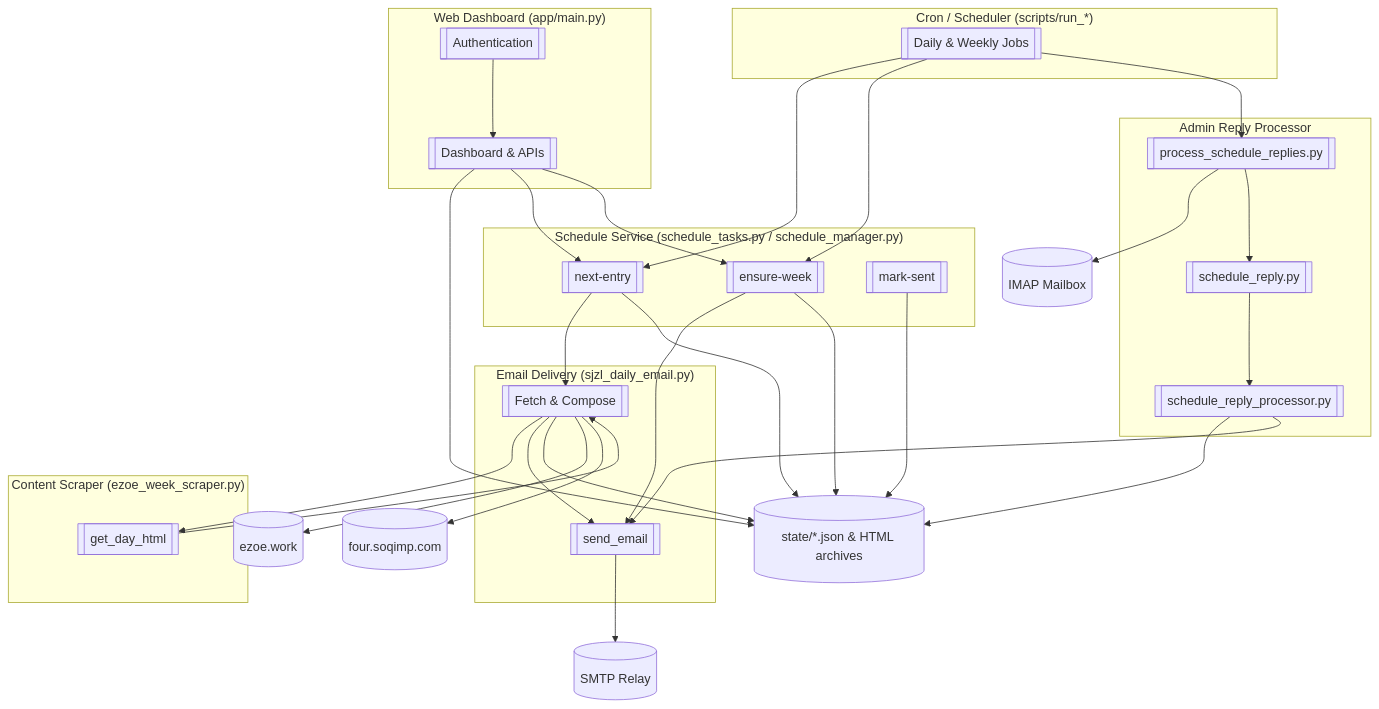
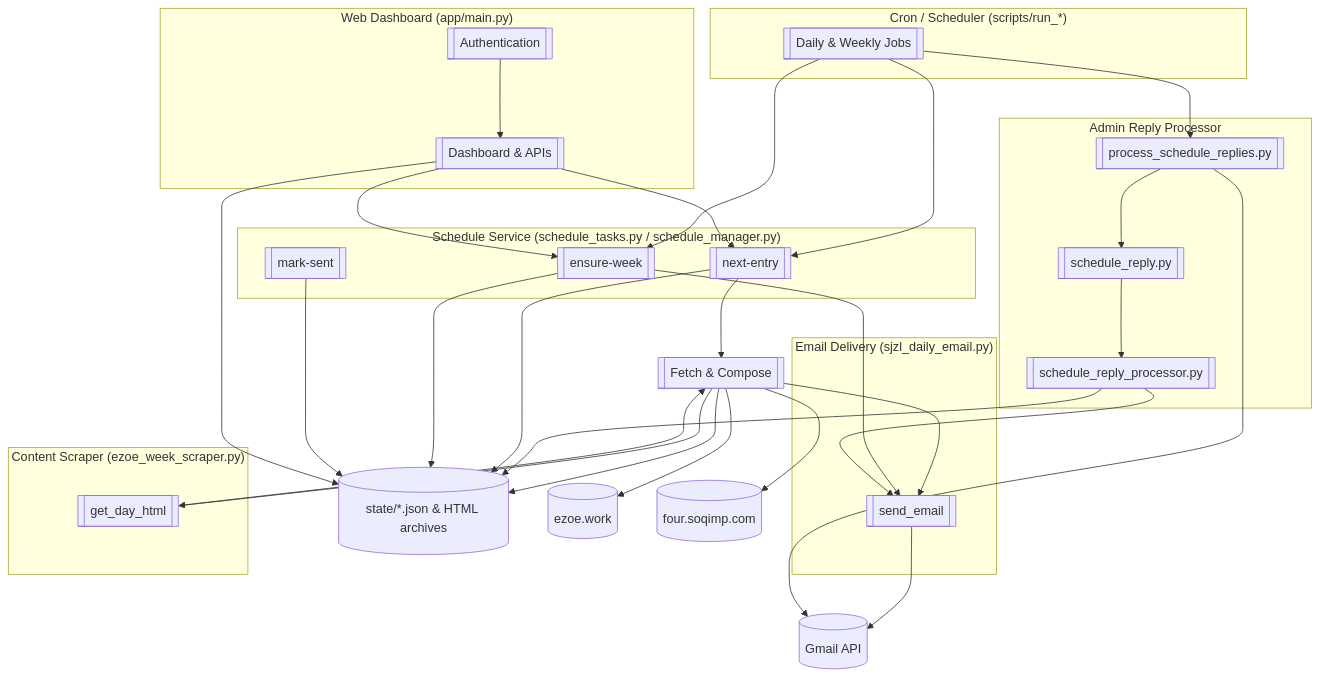
One commit to HananiahKao/daily-manna-email changed the second of 3 diagrams in SYSTEM_C4.md. Above: the diagram before and after it, drawn with Mermaid. The commit also changed other lines of this file and 6 other files, not shown here.

First line of the commit message:
📝 docs: update documentation for Gmail API migration

````diff
--- a/SYSTEM_C4.md
+++ b/SYSTEM_C4.md
@@ -60,63 +58,62 @@
 ```mermaid
 flowchart TB
     subgraph Cron["Cron / Scheduler (scripts/run_*)"]
         CronJob[[Daily & Weekly Jobs]]
     end
 
     subgraph Schedule["Schedule Service (schedule_tasks.py / schedule_manager.py)"]
         NextEntry[[next-entry]]
         EnsureWeek[[ensure-week]]
         MarkSent[[mark-sent]]
     end
 
     subgraph Email["Email Delivery (sjzl_daily_email.py)"]
         FetchCompose[[Fetch & Compose]]
-        SMTPClient[[send_email]]
+        GmailClient[[send_email]]
     end
 
     subgraph Scraper["Content Scraper (ezoe_week_scraper.py)"]
         DayHtml[[get_day_html]]
     end
 
     subgraph Admin["Admin Reply Processor"]
-        FetchIMAP[[process_schedule_replies.py]]
+        FetchGmail[[process_schedule_replies.py]]
         ParseTokens[[schedule_reply.py]]
         ApplyInstr[[schedule_reply_processor.py]]
     end
 
     subgraph WebDash["Web Dashboard (app/main.py)"]
         DashboardAPI[[Dashboard & APIs]]
         Authenticate[[Authentication]]
     end
 
     State[(state/*.json & HTML archives)]
-    SMTPRelay[(SMTP Relay)]
-    IMAPMailbox[(IMAP Mailbox)]
+    GmailMailbox[(Gmail API)]
     Ezoe[(ezoe.work)]
     Legacy[(four.soqimp.com)]
 
     CronJob --> NextEntry
     NextEntry --> FetchCompose
     FetchCompose --> DayHtml
     DayHtml --> FetchCompose
-    FetchCompose --> SMTPClient
-    SMTPClient --> SMTPRelay
-    EnsureWeek --> SMTPClient
+    FetchCompose --> GmailClient
+    GmailClient --> GmailMailbox
+    EnsureWeek --> GmailClient
     CronJob --> EnsureWeek
-    CronJob --> FetchIMAP
-    FetchIMAP --> IMAPMailbox
-    FetchIMAP --> ParseTokens
+    CronJob --> FetchGmail
+    FetchGmail --> GmailMailbox
+    FetchGmail --> ParseTokens
     ParseTokens --> ApplyInstr
     ApplyInstr --> State
     NextEntry --> State
     EnsureWeek --> State
     MarkSent --> State
     FetchCompose --> State
-    ApplyInstr --> SMTPClient
+    ApplyInstr --> GmailClient
     FetchCompose --> Ezoe
     FetchCompose --> Legacy
     DashboardAPI --> State
     Authenticate --> DashboardAPI
     DashboardAPI --> NextEntry
     DashboardAPI --> EnsureWeek
 ```
````
